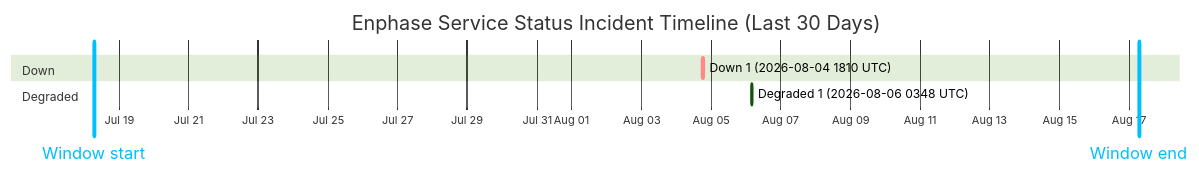
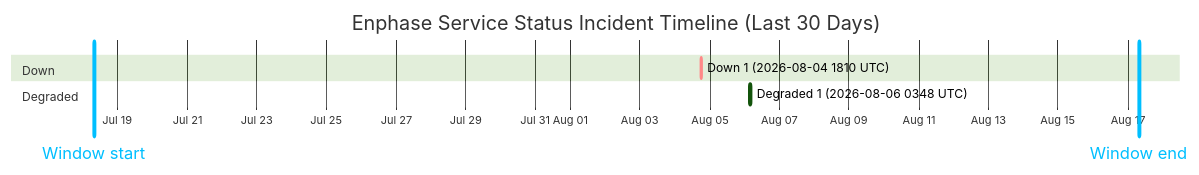
Before and after one commit to barneyonline/ha-enphase-energy: the diagram in wiki/Service-Status-History.md, drawn with Mermaid (forest theme). The commit also changed other lines of this file and 3 other files, not shown here.

````diff
--- a/wiki/Service-Status-History.md
+++ b/wiki/Service-Status-History.md
@@ -14,12 +14,12 @@
 ```mermaid
 gantt
     title Enphase Service Status Incident Timeline (Last 30 Days)
     dateFormat  YYYY-MM-DDTHH:mm:ss
     axisFormat  %b %d
-    Window start :vert, window-start, 2026-07-18T06:51:20, 0ms
-    Window end :vert, window-end, 2026-08-17T06:51:20, 0ms
+    Window start :vert, window-start, 2026-07-18T07:51:06, 0ms
+    Window end :vert, window-end, 2026-08-17T07:51:06, 0ms
     section Down
     Down 1 (2026-08-04 1810 UTC) :crit, down-1, 2026-08-04T18:10:46, 60m
     section Degraded
     Degraded 1 (2026-08-06 0348 UTC) :active, degraded-1, 2026-08-06T03:48:14, 60m
 ```
````
